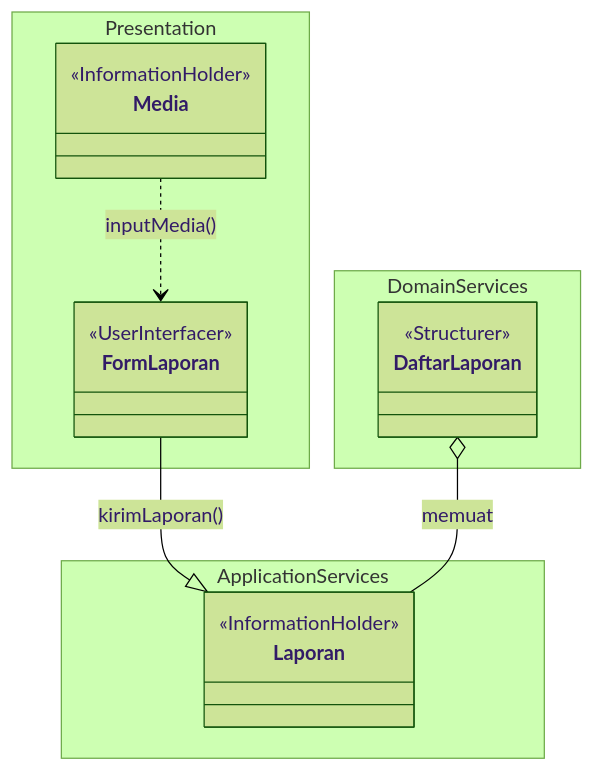
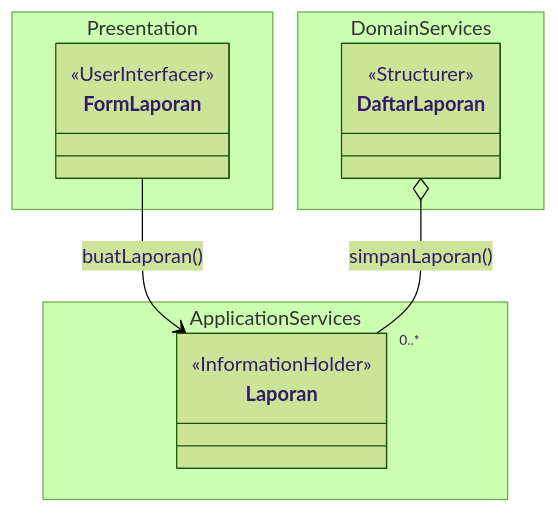
The first of 9 diagrams in docs/M4/K03_G02_CD.md (star-scripter/IF2150-RPL-K03-G02), drawn with Mermaid (forest theme) before and after one commit. The commit also changed other lines of this file, not shown here.

Commit message:
docs: fix class diagram UC1, UC2, UC3

````diff
--- a/docs/M4/K03_G02_CD.md
+++ b/docs/M4/K03_G02_CD.md
@@ -345,24 +344,21 @@
 ```mermaid
 classDiagram
     direction TB
 
     namespace Presentation {
         class FormLaporan
-        class Media
     }
     namespace ApplicationServices {
         class Laporan
     }
     namespace DomainServices {
         class DaftarLaporan
     }
 
     <<UserInterfacer>> FormLaporan
     <<Structurer>> DaftarLaporan 
     <<InformationHolder>> Laporan
-    <<InformationHolder>> Media
 
-    Media ..> FormLaporan : inputMedia()
-    FormLaporan --|> Laporan : kirimLaporan()
-    DaftarLaporan o-- Laporan : memuat
+    FormLaporan --> Laporan : buatLaporan()
+    DaftarLaporan o-- "0..*" Laporan : simpanLaporan()
 ```
````
